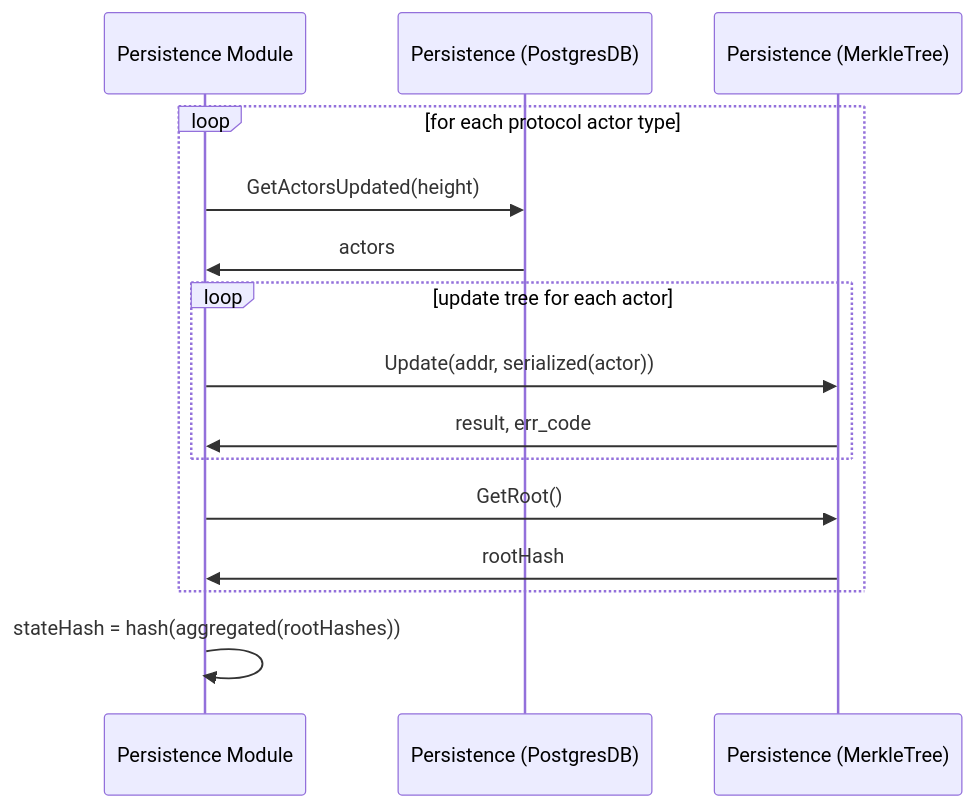
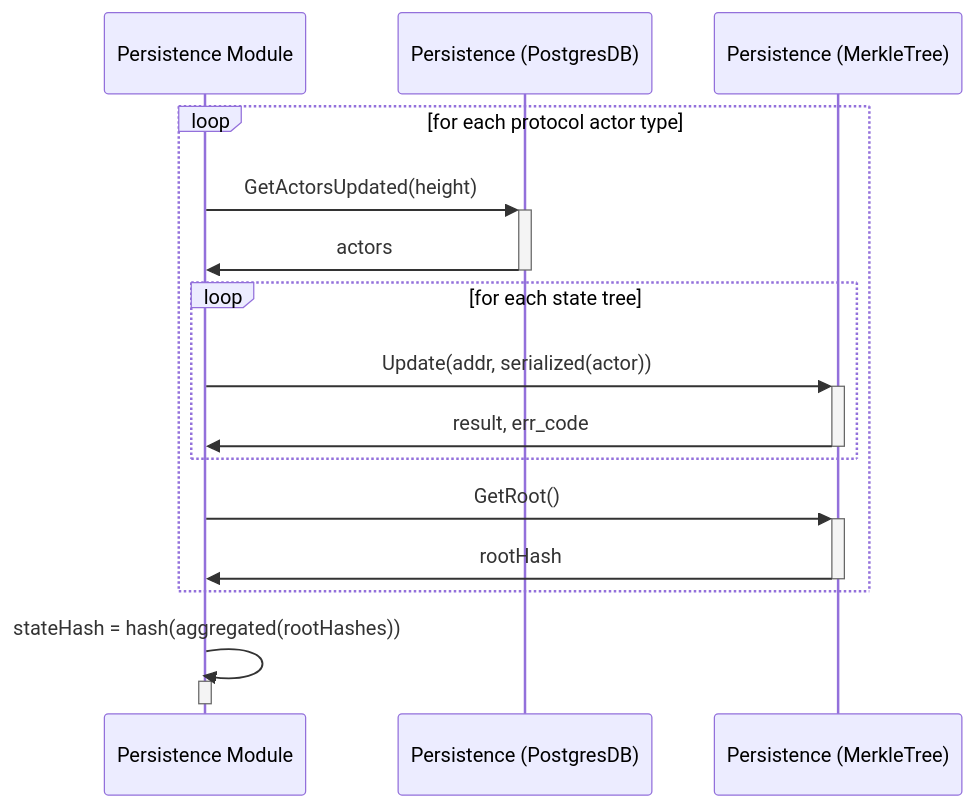
One commit to pokt-network/pocket changed the first of 2 diagrams in persistence/docs/AppHash.md. Above: the diagram before and after it, drawn with Mermaid. The commit also changed other lines of this file and 1 other file, not shown here.

Commit message:
Added activations and deactivations

````diff
--- a/persistence/docs/AppHash.md
+++ b/persistence/docs/AppHash.md
@@ -7,18 +7,21 @@
 ```mermaid
 sequenceDiagram
     participant P as Persistence Module
     participant PP as Persistence (PostgresDB)
     participant PM as Persistence (MerkleTree)
 
     loop for each protocol actor type
-        P->>PP: GetActorsUpdated(height)
-        PP->>P: actors
-        loop update tree for each actor
-            P->>PM: Update(addr, serialized(actor))
-            PM->>P: result, err_code
+        P->>+PP: GetActorsUpdated(height)
+        PP->>-P: actors
+        loop for each state tree
+            P->>+PM: Update(addr, serialized(actor))
+            PM->>-P: result, err_code
         end
-        P->>PM: GetRoot()
-        PM->>P: rootHash
+        P->>+PM: GetRoot()
+        PM->>-P: rootHash
     end
+
     P->>P: stateHash = hash(aggregated(rootHashes))
+    activate P
+    deactivate P
 ```
````
